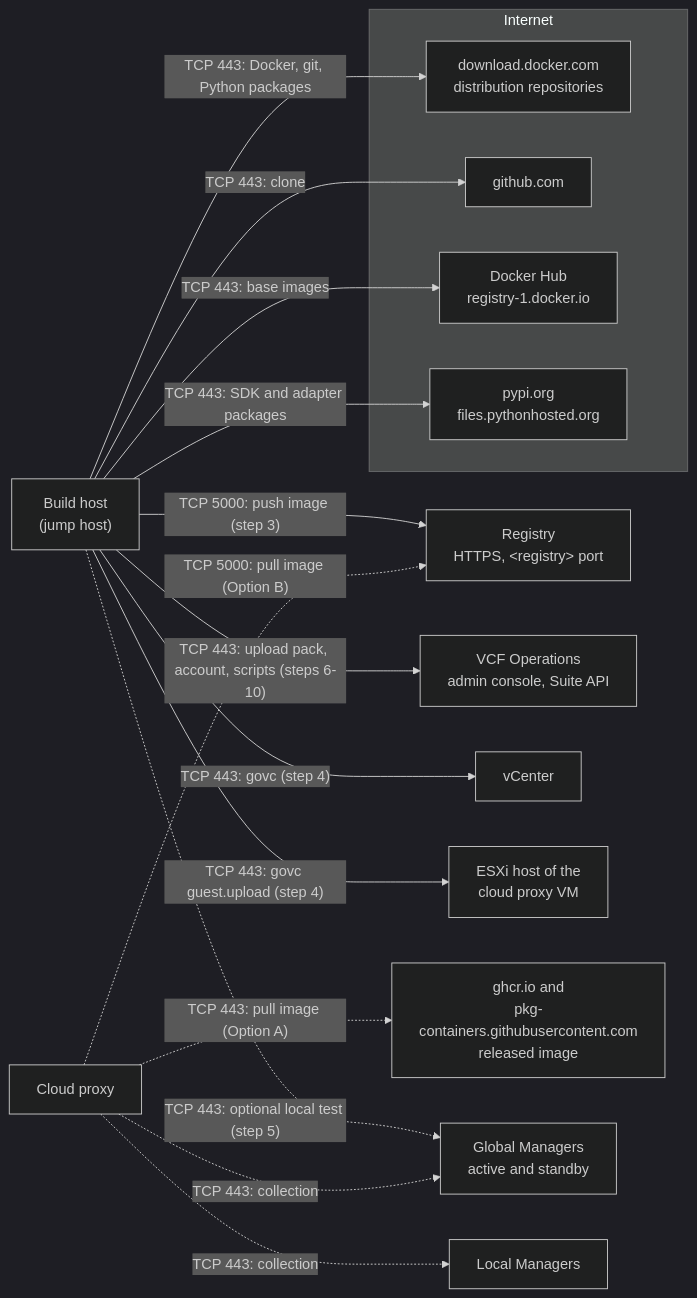
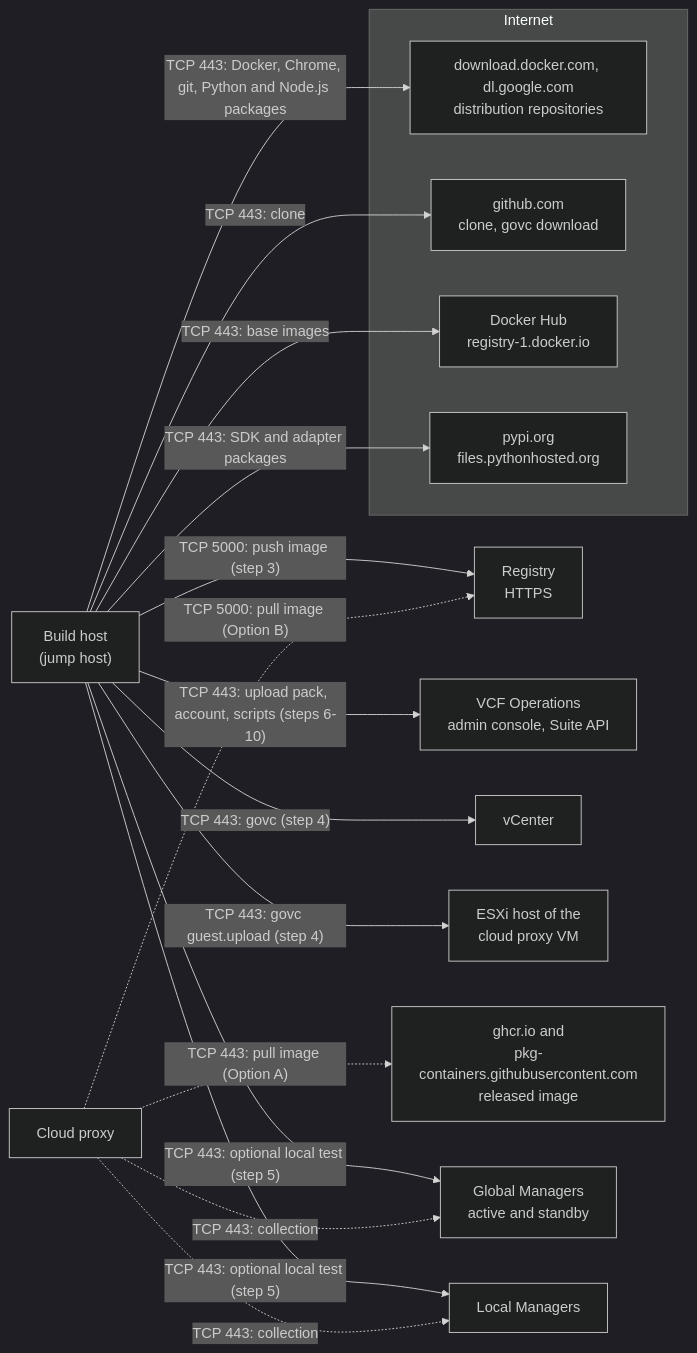
The first of 3 diagrams in docs/INSTALL.md (sorinplaton/vcf-ops-nsx-federation-mp), drawn with Mermaid (dark theme) before and after one commit. The commit also changed other lines of this file and 8 other files, not shown here.

First line of the commit message:
1.13.2: install guide flow fixes, fuller explanations, network drawings

````diff
--- a/docs/INSTALL.md
+++ b/docs/INSTALL.md
@@ -41,32 +70,33 @@
 ```mermaid
 flowchart LR
   subgraph NET["Internet"]
-    PKG["download.docker.com<br/>distribution repositories"]
-    GH["github.com"]
+    PKG["download.docker.com, dl.google.com<br/>distribution repositories"]
+    GH["github.com<br/>clone, govc download"]
     HUB["Docker Hub<br/>registry-1.docker.io"]
     PYPI["pypi.org<br/>files.pythonhosted.org"]
   end
   BH["Build host<br/>(jump host)"]
-  REG["Registry<br/>HTTPS, &lt;registry&gt; port"]
+  REG["Registry<br/>HTTPS"]
   OPS["VCF Operations<br/>admin console, Suite API"]
   VC["vCenter"]
   ESX["ESXi host of the<br/>cloud proxy VM"]
   CP["Cloud proxy"]
   GHCR["ghcr.io and<br/>pkg-containers.githubusercontent.com<br/>released image"]
   GM["Global Managers<br/>active and standby"]
   LM["Local Managers"]
 
-  BH -->|"TCP 443: Docker, git, Python packages"| PKG
+  BH -->|"TCP 443: Docker, Chrome, git, Python and Node.js packages"| PKG
   BH -->|"TCP 443: clone"| GH
   BH -->|"TCP 443: base images"| HUB
   BH -->|"TCP 443: SDK and adapter packages"| PYPI
   BH -->|"TCP 5000: push image (step 3)"| REG
   BH -->|"TCP 443: upload pack, account, scripts (steps 6-10)"| OPS
   BH -->|"TCP 443: govc (step 4)"| VC
   BH -->|"TCP 443: govc guest.upload (step 4)"| ESX
-  BH -.->|"TCP 443: optional local test (step 5)"| GM
+  BH -->|"TCP 443: optional local test (step 5)"| GM
+  BH -->|"TCP 443: optional local test (step 5)"| LM
   CP -.->|"TCP 5000: pull image (Option B)"| REG
   CP -.->|"TCP 443: pull image (Option A)"| GHCR
   CP -.->|"TCP 443: collection"| GM
   CP -.->|"TCP 443: collection"| LM
 ```
````
